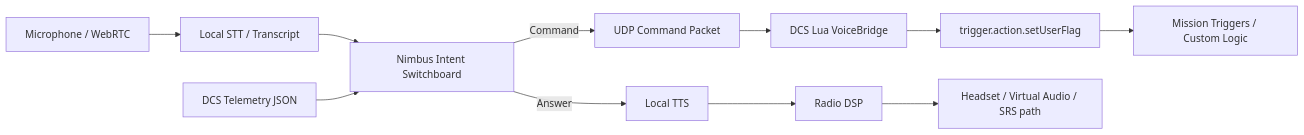
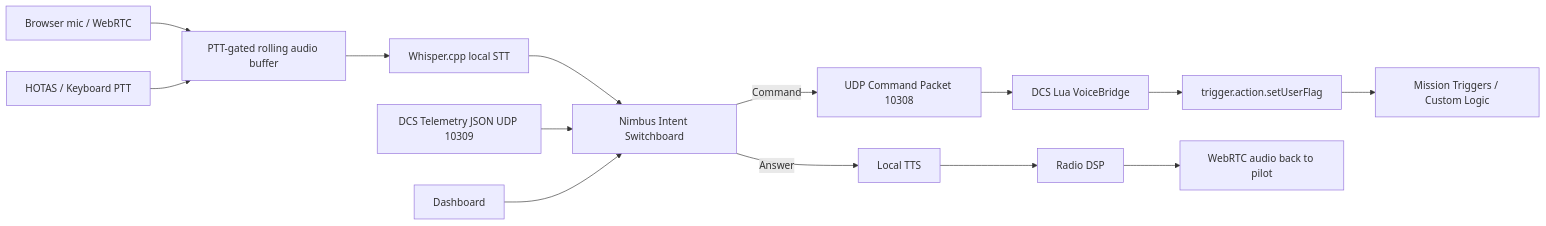
One commit to sharRahul/voice-comms-dcs changed the diagram in README.md. Above: the diagram before and after it, drawn with Mermaid. The commit also changed other lines of this file, not shown here.

Commit message:
Update README for Phase 3 dashboard Whisper and HOTAS workflow

````diff
--- a/README.md
+++ b/README.md
@@ -7,13 +5,16 @@
 ```mermaid
 flowchart LR
-    A[Microphone / WebRTC] --> B[Local STT / Transcript]
-    B --> C[Nimbus Intent Switchboard]
-    T[DCS Telemetry JSON] --> C
-    C -->|Command| D[UDP Command Packet]
-    D --> E[DCS Lua VoiceBridge]
-    E --> F[trigger.action.setUserFlag]
-    F --> G[Mission Triggers / Custom Logic]
-    C -->|Answer| H[Local TTS]
-    H --> I[Radio DSP]
-    I --> J[Headset / Virtual Audio / SRS path]
+    A[Browser mic / WebRTC] --> B[PTT-gated rolling audio buffer]
+    B --> C[Whisper.cpp local STT]
+    C --> D[Nimbus Intent Switchboard]
+    T[DCS Telemetry JSON UDP 10309] --> D
+    D -->|Command| E[UDP Command Packet 10308]
+    E --> F[DCS Lua VoiceBridge]
+    F --> G[trigger.action.setUserFlag]
+    G --> H[Mission Triggers / Custom Logic]
+    D -->|Answer| I[Local TTS]
+    I --> J[Radio DSP]
+    J --> K[WebRTC audio back to pilot]
+    L[HOTAS / Keyboard PTT] --> B
+    M[Dashboard] --> D
 ```
````
